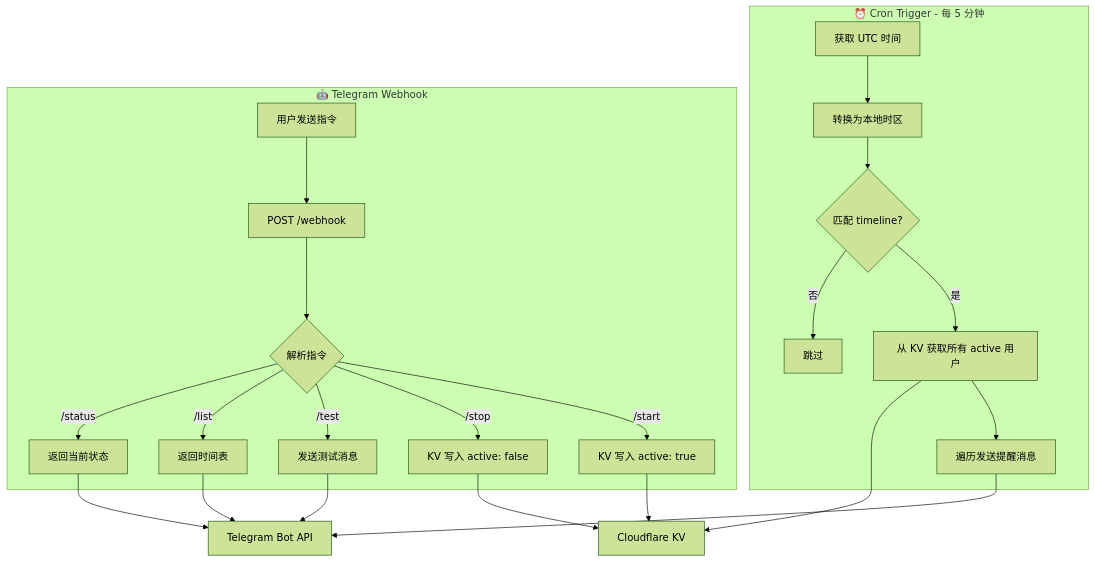
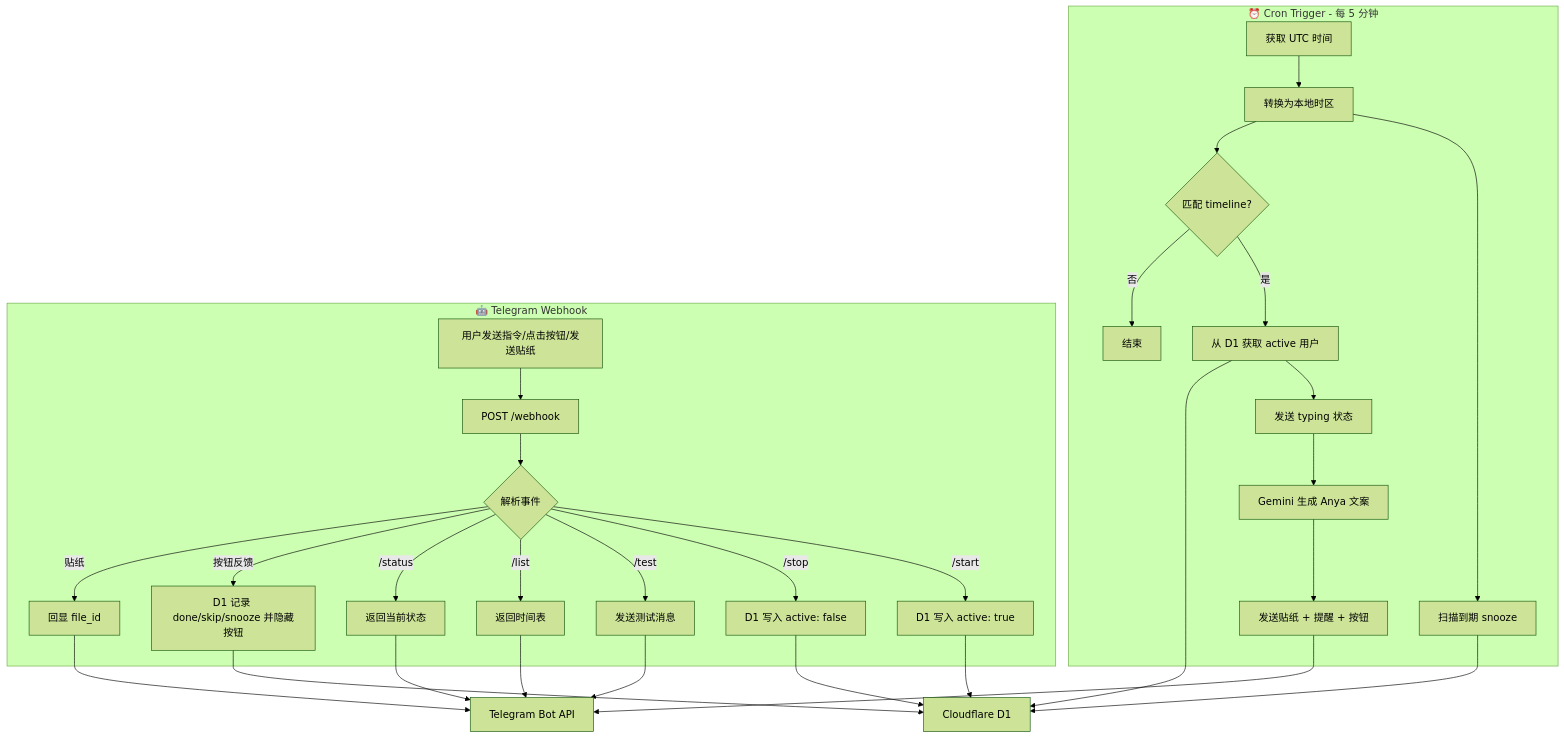
The diagram in README.md (aouos/reminder-bot), drawn with Mermaid (forest theme) before and after one commit. The commit also changed other lines of this file and 10 other files, not shown here.

````diff
--- a/README.md
+++ b/README.md
@@ -147,25 +202,30 @@
 ```mermaid
 flowchart TB
     subgraph cron["⏰ Cron Trigger - 每 5 分钟"]
         C1[获取 UTC 时间] --> C2[转换为本地时区]
+        C2 --> C0[扫描到期 snooze]
         C2 --> C3{匹配 timeline?}
-        C3 -->|是| C4[从 KV 获取所有 active 用户]
-        C4 --> C5[遍历发送提醒消息]
-        C3 -->|否| C6[跳过]
+        C3 -->|是| C4[从 D1 获取 active 用户]
+        C4 --> C5[发送 typing 状态]
+        C5 --> C6[Gemini 生成 Anya 文案]
+        C6 --> C7[发送贴纸 + 提醒 + 按钮]
+        C3 -->|否| C8[结束]
     end
 
     subgraph webhook["🤖 Telegram Webhook"]
-        W1[用户发送指令] --> W2[POST /webhook]
-        W2 --> W3{解析指令}
-        W3 -->|/start| W4[KV 写入 active: true]
-        W3 -->|/stop| W5[KV 写入 active: false]
+        W1[用户发送指令/点击按钮/发送贴纸] --> W2[POST /webhook]
+        W2 --> W3{解析事件}
+        W3 -->|/start| W4[D1 写入 active: true]
+        W3 -->|/stop| W5[D1 写入 active: false]
         W3 -->|/test| W6[发送测试消息]
         W3 -->|/list| W7[返回时间表]
         W3 -->|/status| W8[返回当前状态]
+        W3 -->|按钮反馈| W9[D1 记录 done/skip/snooze 并隐藏按钮]
+        W3 -->|贴纸| W10[回显 file_id]
     end
 
-    C5 --> TG[Telegram Bot API]
-    W4 & W5 --> KV[Cloudflare KV]
-    W6 & W7 & W8 --> TG
-    C4 --> KV
+    C7 --> TG[Telegram Bot API]
+    W4 & W5 & W9 --> D1[Cloudflare D1]
+    W6 & W7 & W8 & W10 --> TG
+    C0 & C4 --> D1
 ```
````
